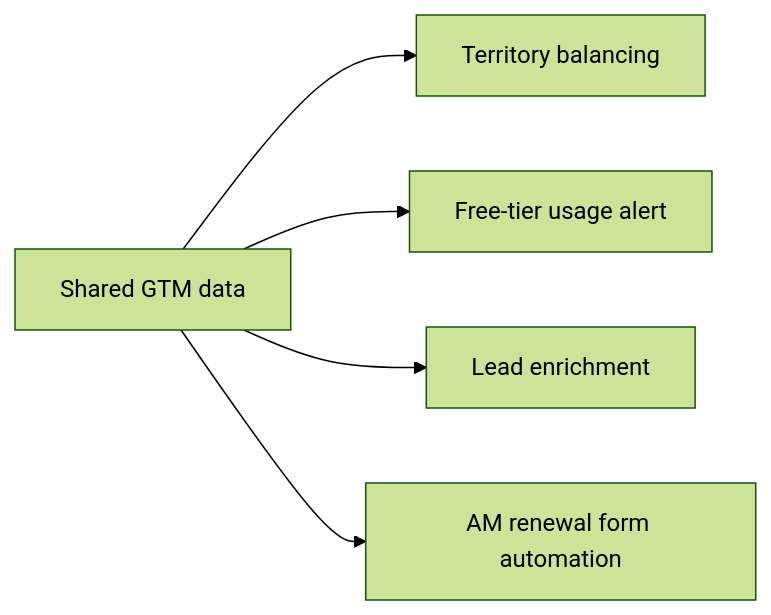
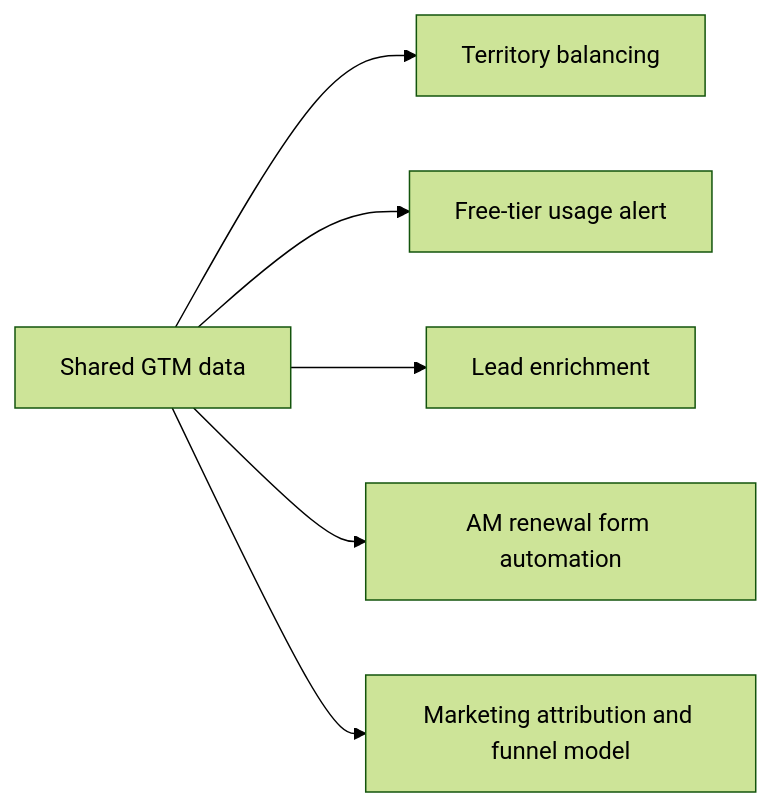
Before and after one commit to andrew-heo/gtm-engineering: the diagram in README.md, drawn with Mermaid (forest theme). The commit also changed other lines of this file and 8 other files, not shown here.

Commit message:
Add marketing attribution funnel model project

````diff
--- a/README.md
+++ b/README.md
@@ -30,7 +31,8 @@
 ```mermaid
 flowchart LR
     A[Shared GTM data] --> B[Territory balancing]
     A --> C[Free-tier usage alert]
     A --> D[Lead enrichment]
     A --> E[AM renewal form automation]
+    A --> F[Marketing attribution and funnel model]
 ```
````
